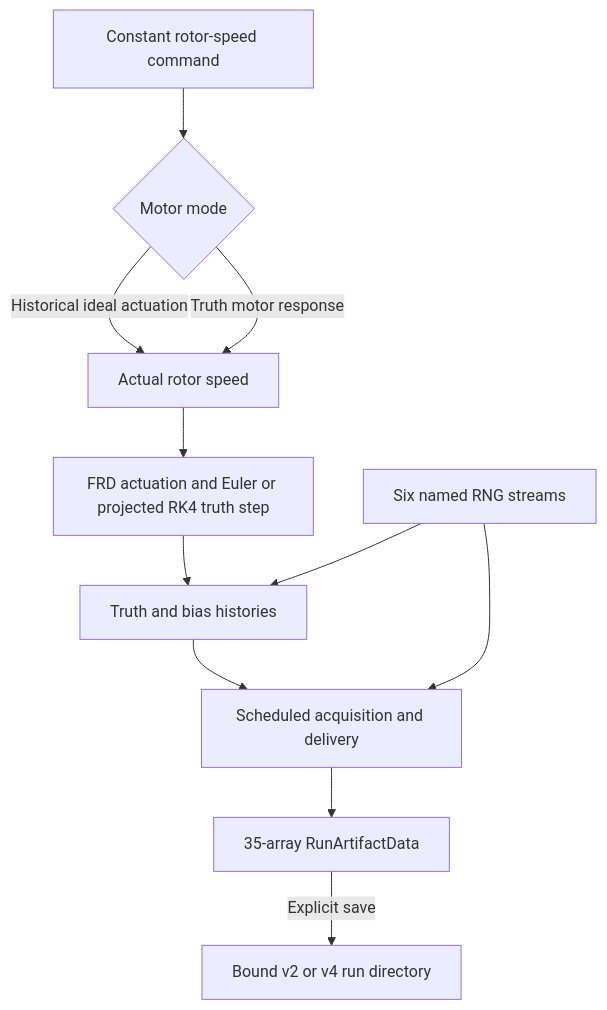
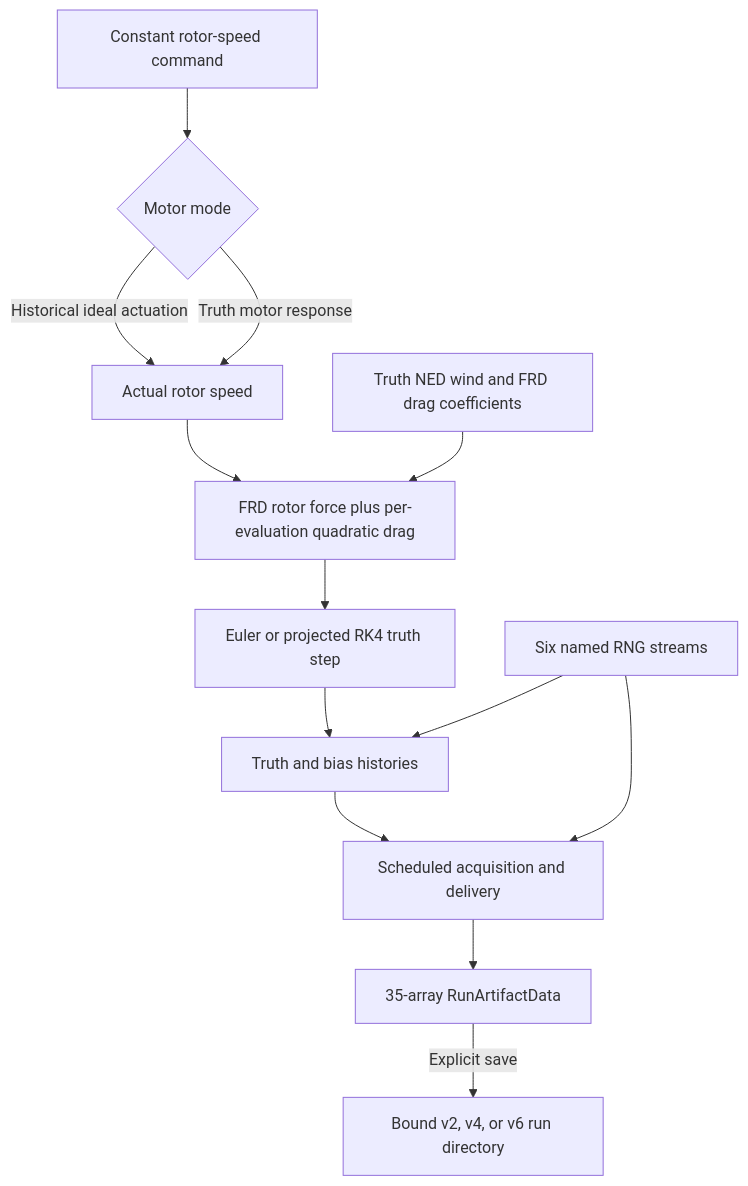
One commit to Gayles9/robust-quadrotor changed the diagram in README.md. Above: the diagram before and after it, drawn with Mermaid. The commit also changed other lines of this file and 16 other files, not shown here.

Commit message:
feat: add environmental wind and drag

````diff
--- a/README.md
+++ b/README.md
@@ -96,13 +112,15 @@
 ```mermaid
 flowchart TD
     A[Constant rotor-speed command] --> B{Motor mode}
     B -->|Historical ideal actuation| C[Actual rotor speed]
     B -->|Truth motor response| C
-    C --> D[FRD actuation and Euler or projected RK4 truth step]
-    D --> E[Truth and bias histories]
+    C --> D[FRD rotor force plus per-evaluation quadratic drag]
+    J[Truth NED wind and FRD drag coefficients] --> D
+    D --> K[Euler or projected RK4 truth step]
+    K --> E[Truth and bias histories]
     E --> F[Scheduled acquisition and delivery]
     G[Six named RNG streams] --> E
     G --> F
     F --> H[35-array RunArtifactData]
-    H -->|Explicit save| I[Bound v2 or v4 run directory]
+    H -->|Explicit save| I[Bound v2, v4, or v6 run directory]
 ```
````
